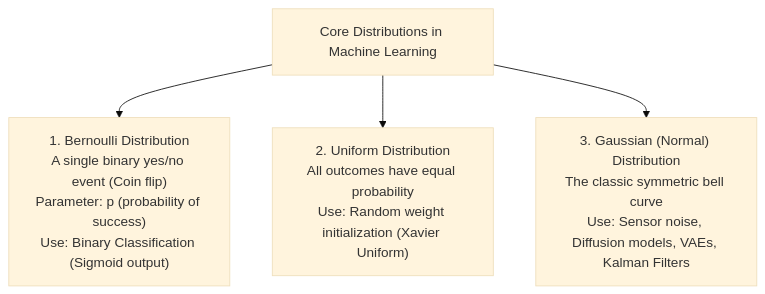
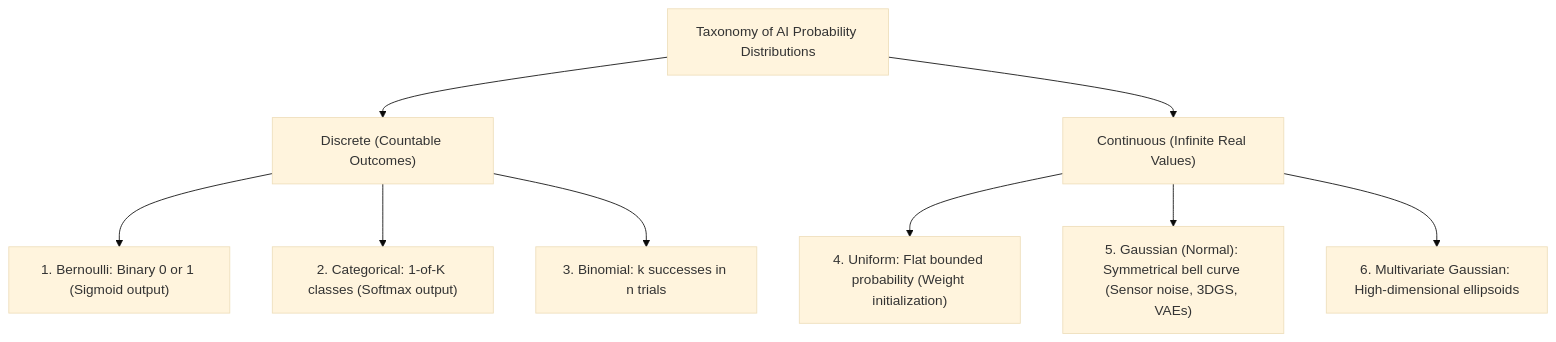
One commit to jashu-16/cv_engineering changed the third of 8 diagrams in docs/00-math-foundations/level-03-probability-statistics.md. Above: the diagram before and after it, drawn with Mermaid (base theme). The commit also changed other lines of this file and 5 other files, not shown here.

````diff
--- a/docs/00-math-foundations/level-03-probability-statistics.md
+++ b/docs/00-math-foundations/level-03-probability-statistics.md
@@ -103,8 +243,15 @@
 ```mermaid
 flowchart TD
-    Dist["Core Distributions in Machine Learning"]
+    Dist["Taxonomy of AI Probability Distributions"]
     
-    Dist --> Bern["1. Bernoulli Distribution\nA single binary yes/no event (Coin flip)\nParameter: p (probability of success)\nUse: Binary Classification (Sigmoid output)"]
-    Dist --> Unif["2. Uniform Distribution\nAll outcomes have equal probability\nUse: Random weight initialization (Xavier Uniform)"]
-    Dist --> Norm["3. Gaussian (Normal) Distribution\nThe classic symmetric bell curve\nUse: Sensor noise, Diffusion models, VAEs, Kalman Filters"]
+    Dist --> Disc["Discrete (Countable Outcomes)"]
+    Dist --> Cont["Continuous (Infinite Real Values)"]
+    
+    Disc --> Bern["1. Bernoulli: Binary 0 or 1 (Sigmoid output)"]
+    Disc --> Cat["2. Categorical: 1-of-K classes (Softmax output)"]
+    Disc --> Bin["3. Binomial: k successes in n trials"]
+    
+    Cont --> Unif["4. Uniform: Flat bounded probability (Weight initialization)"]
+    Cont --> Norm["5. Gaussian (Normal): Symmetrical bell curve (Sensor noise, 3DGS, VAEs)"]
+    Cont --> Multi["6. Multivariate Gaussian: High-dimensional ellipsoids"]
 ```
````
